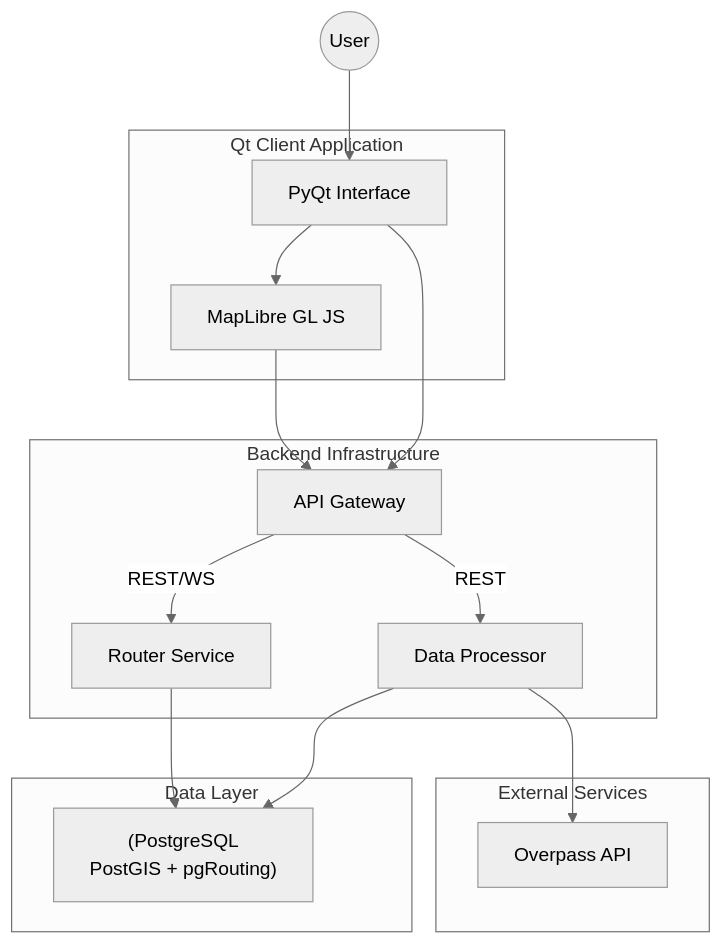
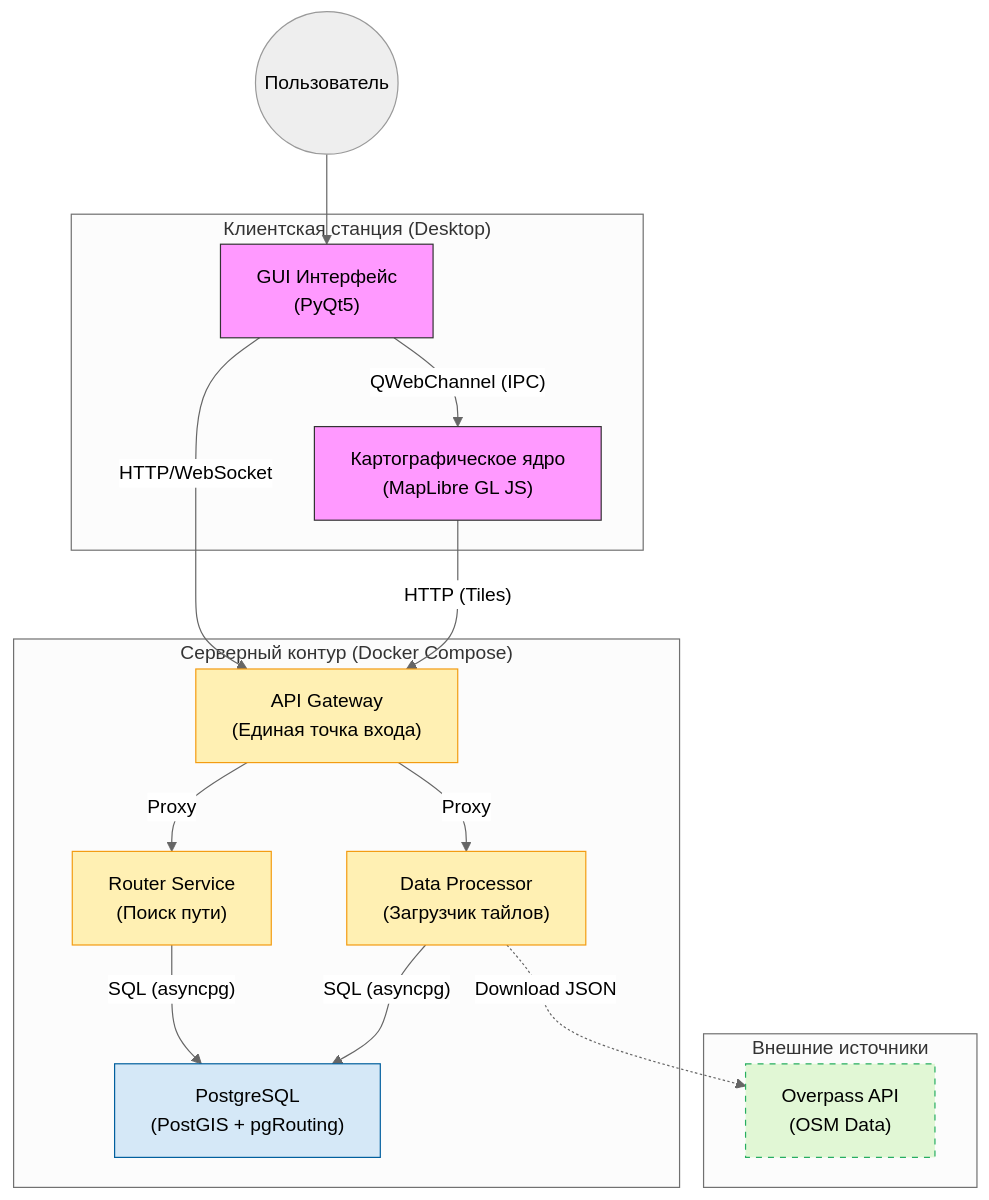
The diagram in assets/diagrams/01-system-arch.mmd (L1CH7/magistracy-diplom-iu12-docs), drawn with Mermaid (neutral theme) before and after one commit. The commit also changed 13 other files, not shown here.

Commit message:
feat(mmd) - актуализировал мермейд диаграммы. теперь красота

```diff
--- a/assets/diagrams/01-system-arch.mmd
+++ b/assets/diagrams/01-system-arch.mmd
@@ -1,33 +1,40 @@
-flowchart TB
-    User((User))
-    
-    subgraph Client [Qt Client Application]
-        UI[PyQt Interface]
-        Map[MapLibre GL JS]
+flowchart TD
+    %% --- Стили ---
+    classDef client fill:#f9f,stroke:#333;
+    classDef backend fill:#fff0b3,stroke:#f39c12;
+    classDef db fill:#d5e8f7,stroke:#005f9e;
+    classDef ext fill:#e1f7d5,stroke:#27ae60,stroke-dasharray: 5 5;
+
+    User((Пользователь))
+
+    subgraph ClientHost ["Клиентская станция (Desktop)"]
+        UI["GUI Интерфейс<br/>(PyQt5)"]:::client
+        MapLibre["Картографическое ядро<br/>(MapLibre GL JS)"]:::client
     end
 
-    subgraph Backend [Backend Infrastructure]
-        Gateway[API Gateway]
-        Router[Router Service]
-        DP[Data Processor]
+    subgraph Docker ["Серверный контур (Docker Compose)"]
+        Gateway["API Gateway<br/>(Единая точка входа)"]:::backend
+        Router["Router Service<br/>(Поиск пути)"]:::backend
+        DP["Data Processor<br/>(Загрузчик тайлов)"]:::backend
+        
+        DB["PostgreSQL<br/>(PostGIS + pgRouting)"]:::db
     end
 
-    subgraph Storage [Data Layer]
-        DB["(PostgreSQL<br/>PostGIS + pgRouting)"]
+    subgraph External ["Внешние источники"]
+        Overpass["Overpass API<br/>(OSM Data)"]:::ext
     end
 
-    subgraph External [External Services]
-        OSM[Overpass API]
-    end
+    %% Связи
+    User --> UI
+    UI -->|"QWebChannel (IPC)"| MapLibre
+    
+    UI -->|"HTTP/WebSocket"| Gateway
+    MapLibre -->|"HTTP (Tiles)"| Gateway
 
-    User --> UI
-    UI --> Map
-    UI --> Gateway
-    Map --> Gateway
+    Gateway -->|"Proxy"| Router
+    Gateway -->|"Proxy"| DP
 
-    Gateway -- REST/WS --> Router
-    Gateway -- REST --> DP
-
-    Router --> DB
-    DP --> DB
-    DP --> OSM
+    Router -->|"SQL (asyncpg)"| DB
+    DP -->|"SQL (asyncpg)"| DB
+    
+    DP -.->|"Download JSON"| Overpass
```
